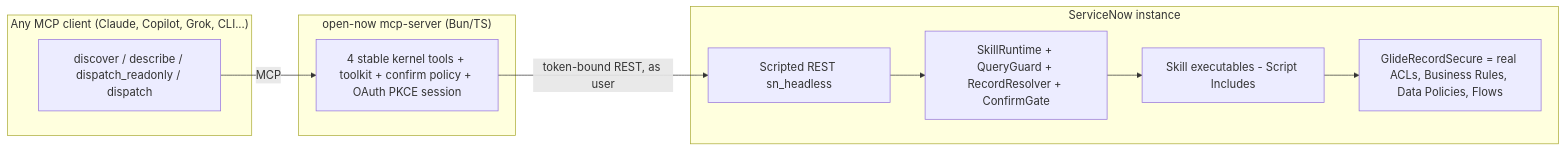
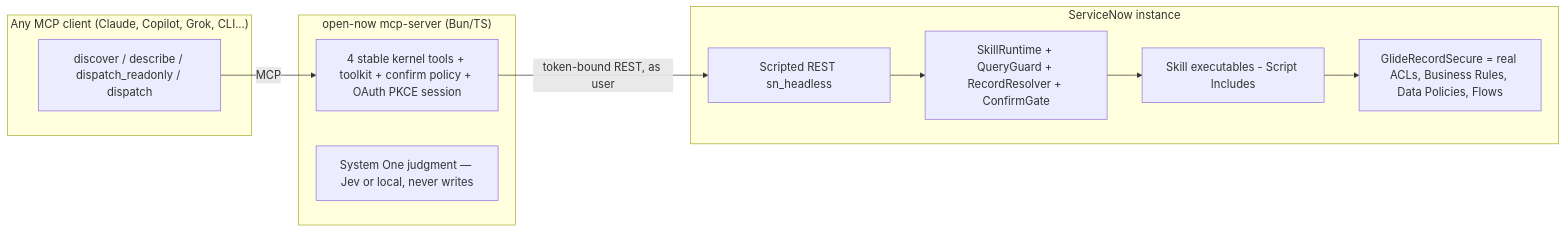
The diagram in README.md (syndicalt/openow-mcp), drawn with Mermaid before and after one commit. The commit also changed other lines of this file and 1 other file, not shown here.

First line of the commit message:
docs: judgment plane (System One / Jev) for discover and confirm

````diff
--- a/README.md
+++ b/README.md
@@ -13,16 +13,17 @@
 ```mermaid
 flowchart LR
     subgraph Client["Any MCP client (Claude, Copilot, Grok, CLI...)"]
         C1[discover / describe / dispatch_readonly / dispatch]
     end
     subgraph Kernel["open-now mcp-server (Bun/TS)"]
         T[4 stable kernel tools + toolkit + confirm policy + OAuth PKCE session]
+        J[System One judgment — Jev or local, never writes]
     end
     subgraph Instance["ServiceNow instance"]
         REST[Scripted REST sn_headless]
         RT[SkillRuntime + QueryGuard + RecordResolver + ConfirmGate]
         EXEC[Skill executables - Script Includes]
         GLIDE[GlideRecordSecure = real ACLs, Business Rules, Data Policies, Flows]
     end
     C1 -- MCP --> T -- token-bound REST, as user --> REST --> RT --> EXEC --> GLIDE
 ```
````
